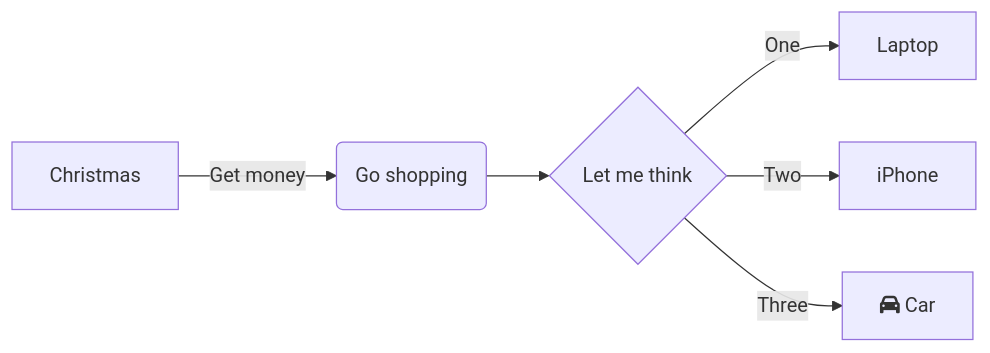
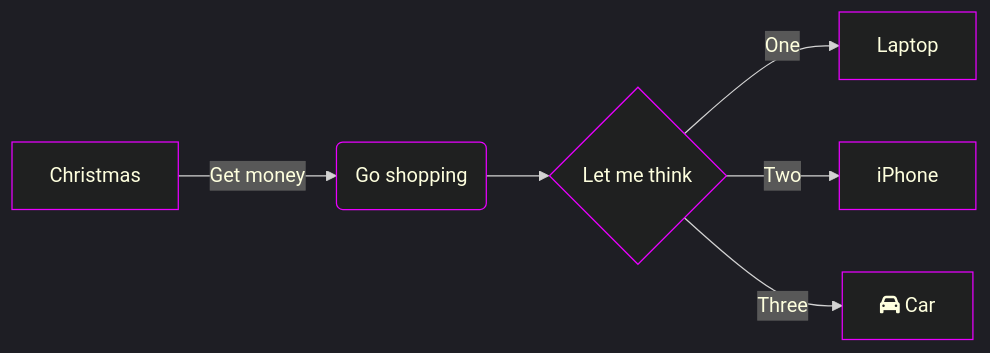
Before and after one commit to jtriley-eth/the-ethereum-virtual-machine: the diagram in README.md, drawn with Mermaid. The commit also changed other lines of this file, not shown here.

````diff
--- a/README.md
+++ b/README.md
@@ -82,8 +89,9 @@
 ```mermaid
+%%{init: {'theme':'dark', 'themeVariables':{'textColor':'#FEFFDE', 'nodeBorder':'#E900FF'}}}%%
 graph LR
     A[Christmas] -->|Get money| B(Go shopping)
     B --> C{Let me think}
     C -->|One| D[Laptop]
     C -->|Two| E[iPhone]
     C -->|Three| F[fa:fa-car Car]
 ```
````
